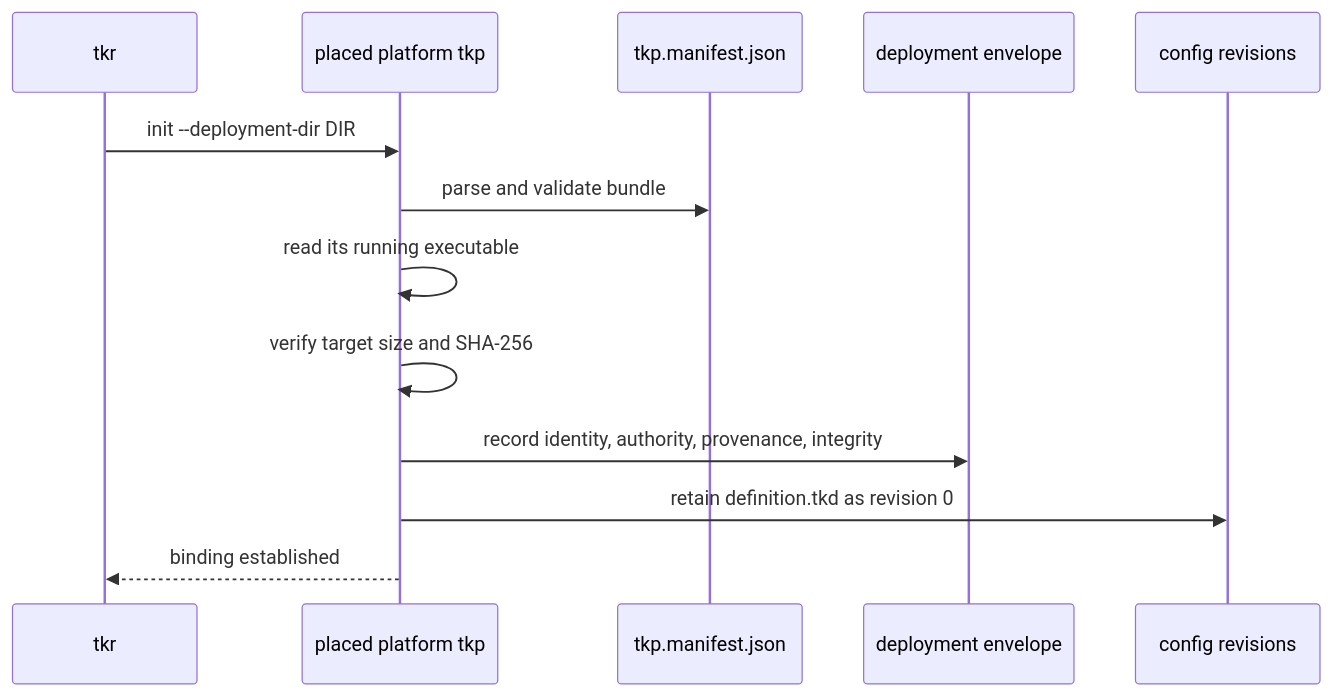
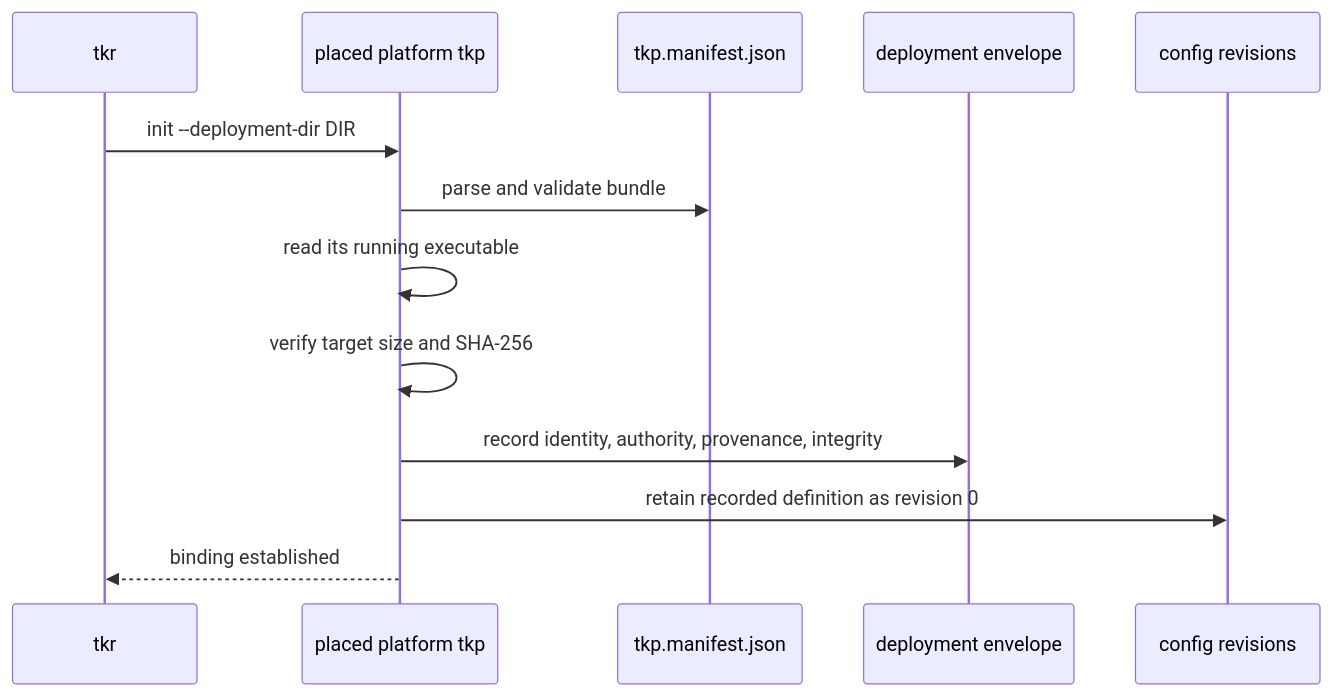
The second of 6 diagrams in docs/provisioning/tkr-and-tkp.md (tokeira/tokeira), drawn with Mermaid before and after one commit. The commit also changed other lines of this file and 1 other file, not shown here.

````diff
--- a/docs/provisioning/tkr-and-tkp.md
+++ b/docs/provisioning/tkr-and-tkp.md
@@ -169,16 +175,16 @@
 ```mermaid
 sequenceDiagram
     participant TKR as tkr
     participant TKP as placed platform tkp
     participant Sidecar as tkp.manifest.json
     participant Envelope as deployment envelope
     participant History as config revisions
 
     TKR->>TKP: init --deployment-dir DIR
     TKP->>Sidecar: parse and validate bundle
     TKP->>TKP: read its running executable
     TKP->>TKP: verify target size and SHA-256
     TKP->>Envelope: record identity, authority, provenance, integrity
-    TKP->>History: retain definition.tkd as revision 0
+    TKP->>History: retain recorded definition as revision 0
     TKP-->>TKR: binding established
 ```
````
